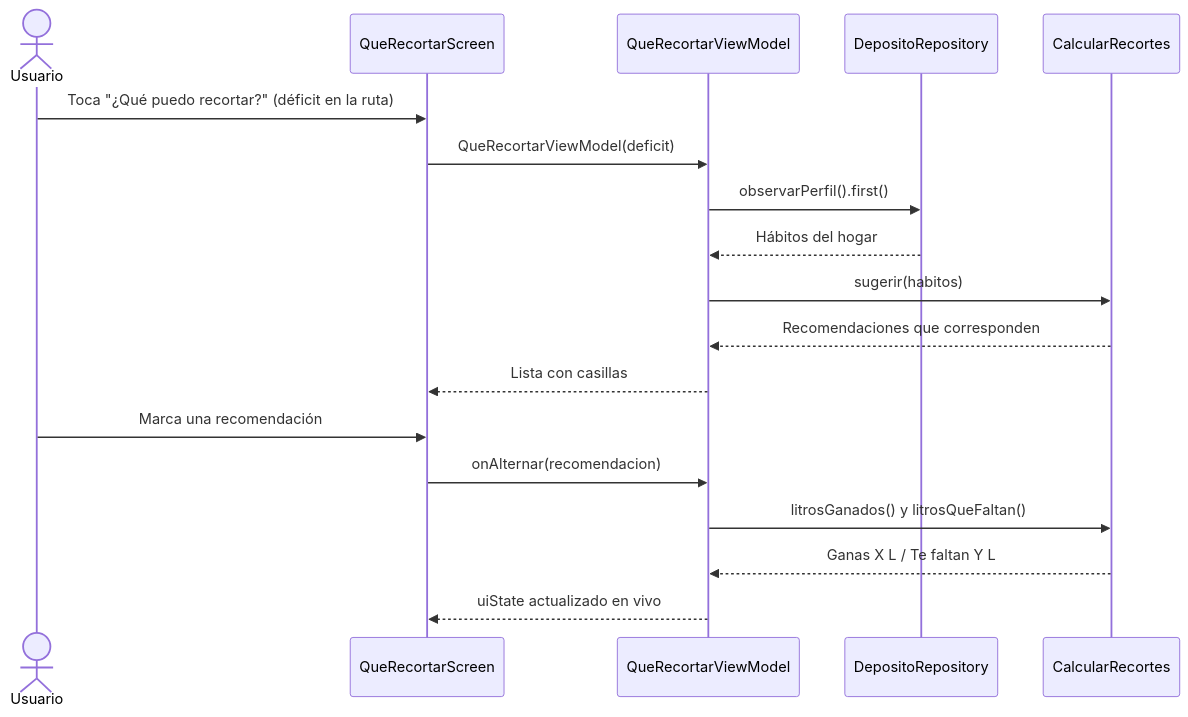
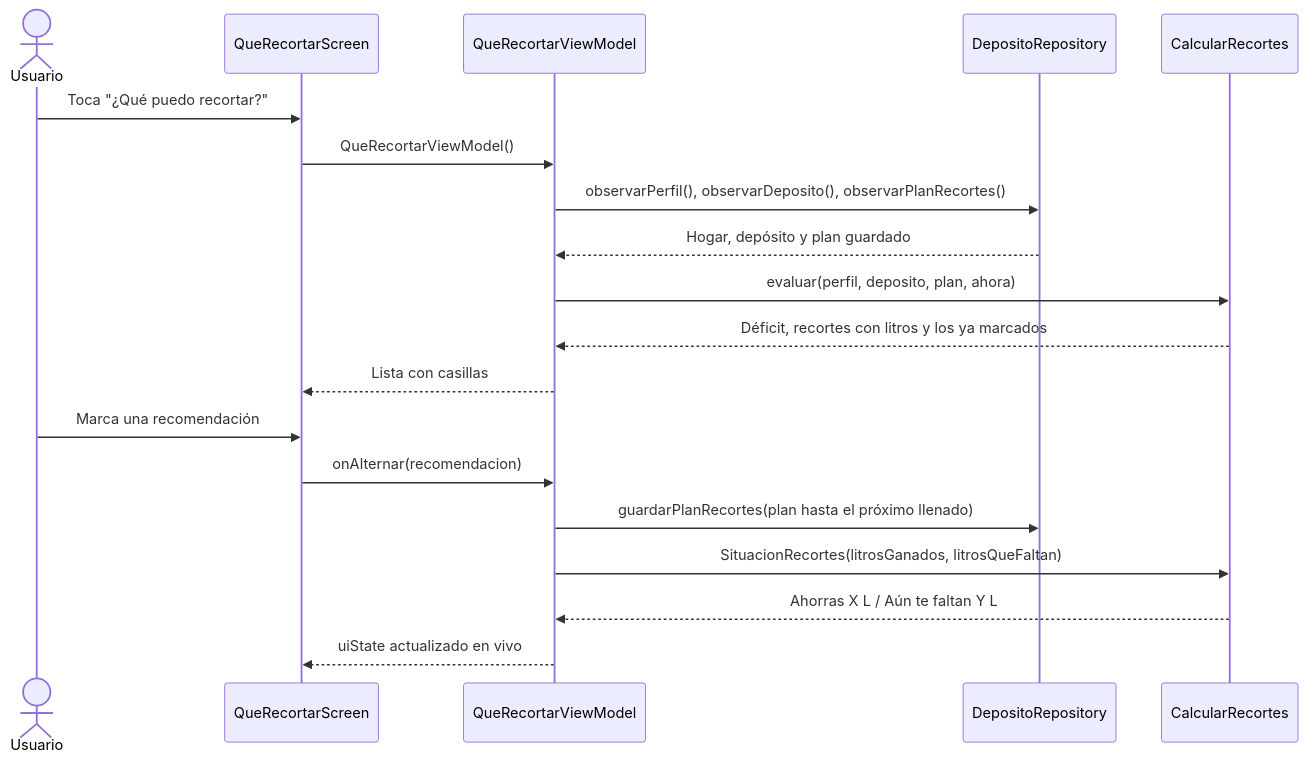
One commit to IkerASierraR/AguardApp changed the tenth of 18 diagrams in informes/FD04-SAD.md. Above: the diagram before and after it, drawn with Mermaid. The commit also changed other lines of this file and 21 other files, not shown here.

````diff
--- a/informes/FD04-SAD.md
+++ b/informes/FD04-SAD.md
@@ -330,20 +330,21 @@
 ```mermaid
 sequenceDiagram
     actor U as Usuario
     participant S as QueRecortarScreen
     participant VM as QueRecortarViewModel
     participant R as DepositoRepository
     participant CR as CalcularRecortes
-    U->>S: Toca "¿Qué puedo recortar?" (déficit en la ruta)
-    S->>VM: QueRecortarViewModel(deficit)
-    VM->>R: observarPerfil().first()
-    R-->>VM: Hábitos del hogar
-    VM->>CR: sugerir(habitos)
-    CR-->>VM: Recomendaciones que corresponden
+    U->>S: Toca "¿Qué puedo recortar?"
+    S->>VM: QueRecortarViewModel()
+    VM->>R: observarPerfil(), observarDeposito(), observarPlanRecortes()
+    R-->>VM: Hogar, depósito y plan guardado
+    VM->>CR: evaluar(perfil, deposito, plan, ahora)
+    CR-->>VM: Déficit, recortes con litros y los ya marcados
     VM-->>S: Lista con casillas
     U->>S: Marca una recomendación
     S->>VM: onAlternar(recomendacion)
-    VM->>CR: litrosGanados() y litrosQueFaltan()
-    CR-->>VM: Ganas X L / Te faltan Y L
+    VM->>R: guardarPlanRecortes(plan hasta el próximo llenado)
+    VM->>CR: SituacionRecortes(litrosGanados, litrosQueFaltan)
+    CR-->>VM: Ahorras X L / Aún te faltan Y L
     VM-->>S: uiState actualizado en vivo
 ```
````
